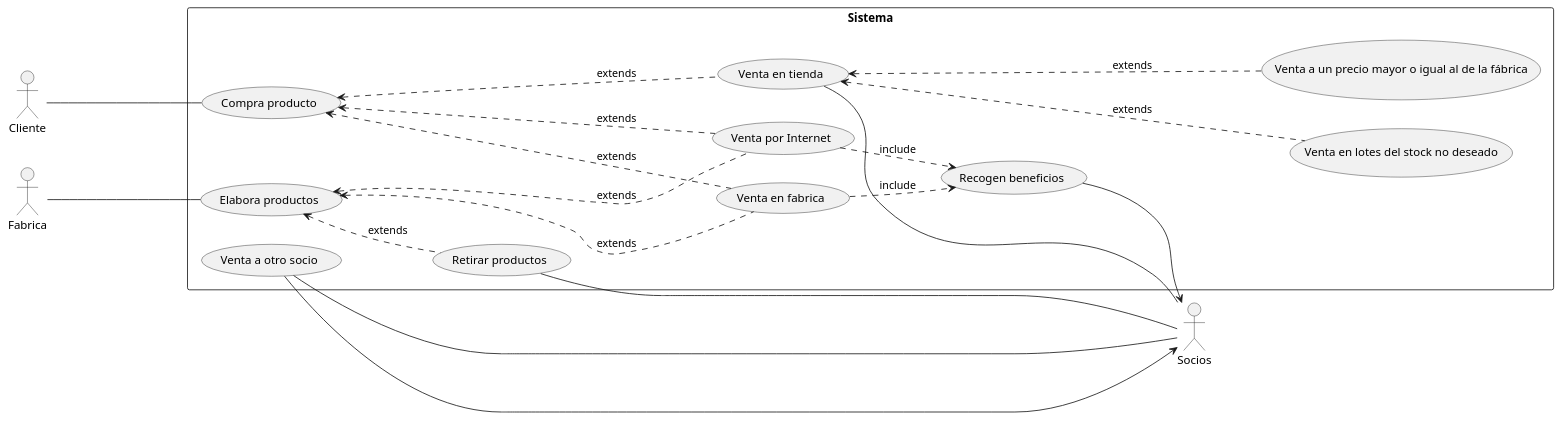
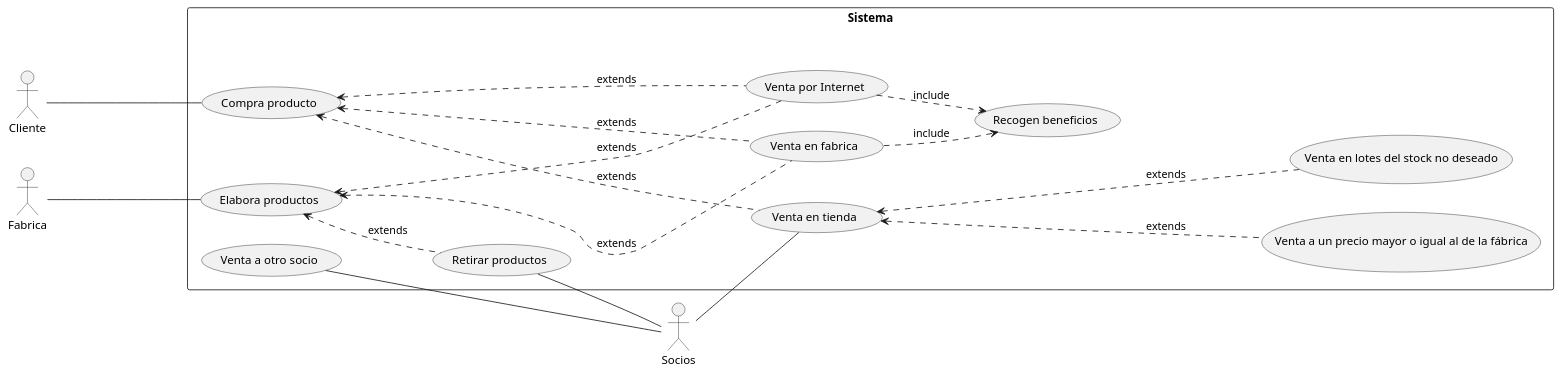
One commit to mgi007/PCV06-10 changed the diagram in src/Ejercicio1.puml. Above: the diagram before and after it, drawn with PlantUML. The commit also changed 6 other files, not shown here.

Commit message:
Práctica diagrama casos de uso UML con PlantUML

```diff
--- a/src/Ejercicio1.puml
+++ b/src/Ejercicio1.puml
@@ -1,51 +1,50 @@
 @startuml Ejercicio 1
 
 skinparam packageStyle rectangle
 left to right direction
 
 actor Socios
 
 actor Fabrica
 
 actor Cliente
 
 rectangle  Sistema {
 (Compra producto) as (Comprar)
 (Venta en fabrica) as (VenFab)
 (Venta por Internet) as (VenInt)
 (Venta en tienda) as (VenTien)
 (Venta a otro socio) as (VenSoc)
 (Recogen beneficios) as (Benef)
 (Elabora productos) as (Productos)
 (Retirar productos) as (Recoger)
 (Venta a un precio mayor o igual al de la fábrica) as (VentaNormal)
 (Venta en lotes del stock no deseado) as (Lotes)
 
 
 
 Fabrica ----  Productos
 Productos <.... VenInt : extends
 Productos <.... VenFab : extends
 
 Productos <.. Recoger : extends
 
 Recoger ------ Socios
 
 Socios ----- VenSoc
-VenSoc ------> Socios
 Socios -- VenTien
 
 VenTien <.... VentaNormal : extends
 VenTien <.... Lotes : extends
 
 Cliente ---- Comprar
 Comprar <.... VenTien: extends
 Comprar <.... VenFab : extends
 Comprar <.... VenInt : extends
 VenFab ..> Benef : include
 VenInt ..> Benef : include
-Benef -----> Socios
+
 
 }
 
 @enduml
```
